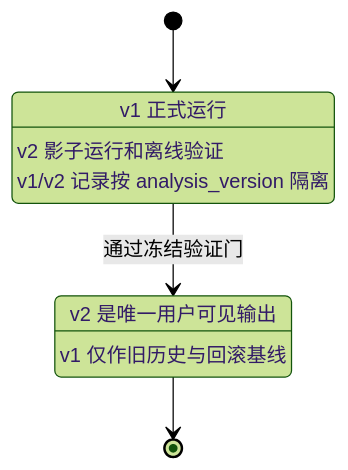
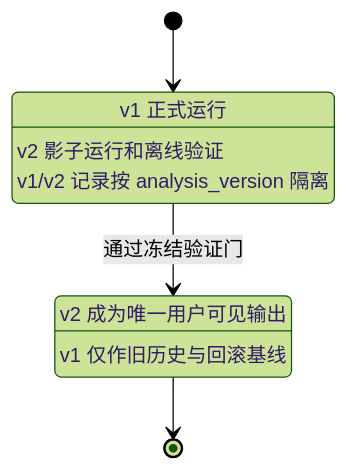
Before and after one commit to cloud2ai/daily_stock_analysis: the fourth of 4 diagrams in research/mainline/DSA_v2目标架构与递进验证路线.md, drawn with Mermaid (forest theme). The commit also changed other lines of this file, not shown here.

Commit message:
docs: expand v2 architecture diagrams

````diff
--- a/research/mainline/DSA_v2目标架构与递进验证路线.md
+++ b/research/mainline/DSA_v2目标架构与递进验证路线.md
@@ -99,11 +324,11 @@
 ```mermaid
 stateDiagram-v2
     [*] --> Migration
     Migration: v1 正式运行
     Migration: v2 影子运行和离线验证
     Migration: v1/v2 记录按 analysis_version 隔离
     Migration --> V2Primary: 通过冻结验证门
-    V2Primary: v2 是唯一用户可见输出
+    V2Primary: v2 成为唯一用户可见输出
     V2Primary: v1 仅作旧历史与回滚基线
     V2Primary --> [*]
 ```
````
